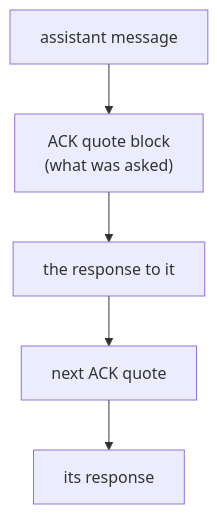
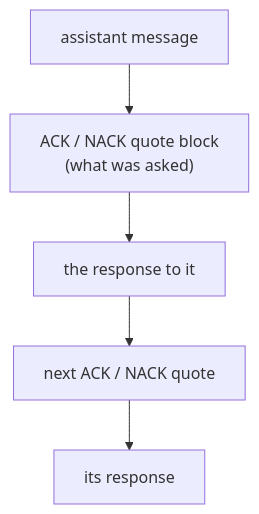
One commit to infimalabs/spice-rust changed diagram 23 of 25 in docs/product/value.md. Above: the diagram before and after it, drawn with Mermaid. The commit also changed other lines of this file and 120 other files, not shown here.

````diff
--- a/docs/product/value.md
+++ b/docs/product/value.md
@@ -565,7 +580,7 @@
 ```mermaid
 flowchart TD
-  A["assistant message"] --> Q["ACK quote block<br/>(what was asked)"]
+  A["assistant message"] --> Q["ACK / NACK quote block<br/>(what was asked)"]
   Q --> B["the response to it"]
-  B --> NextQuote["next ACK quote"]
+  B --> NextQuote["next ACK / NACK quote"]
   NextQuote --> NextResponse["its response"]
 ```
````
